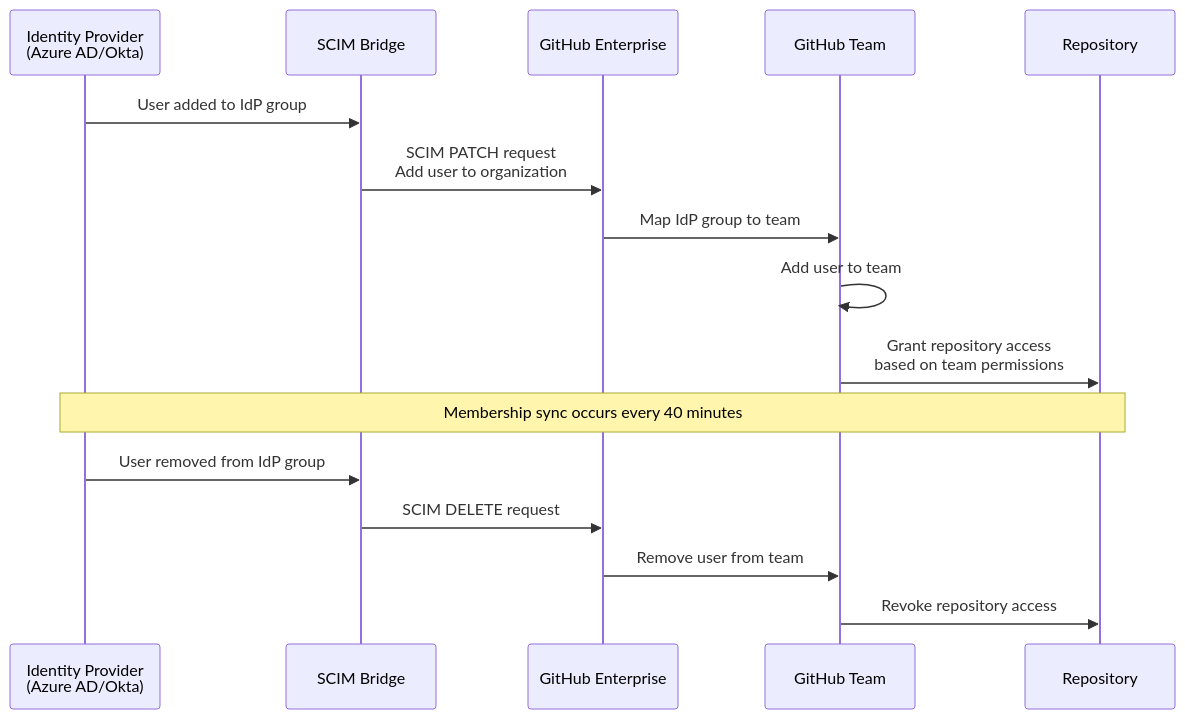
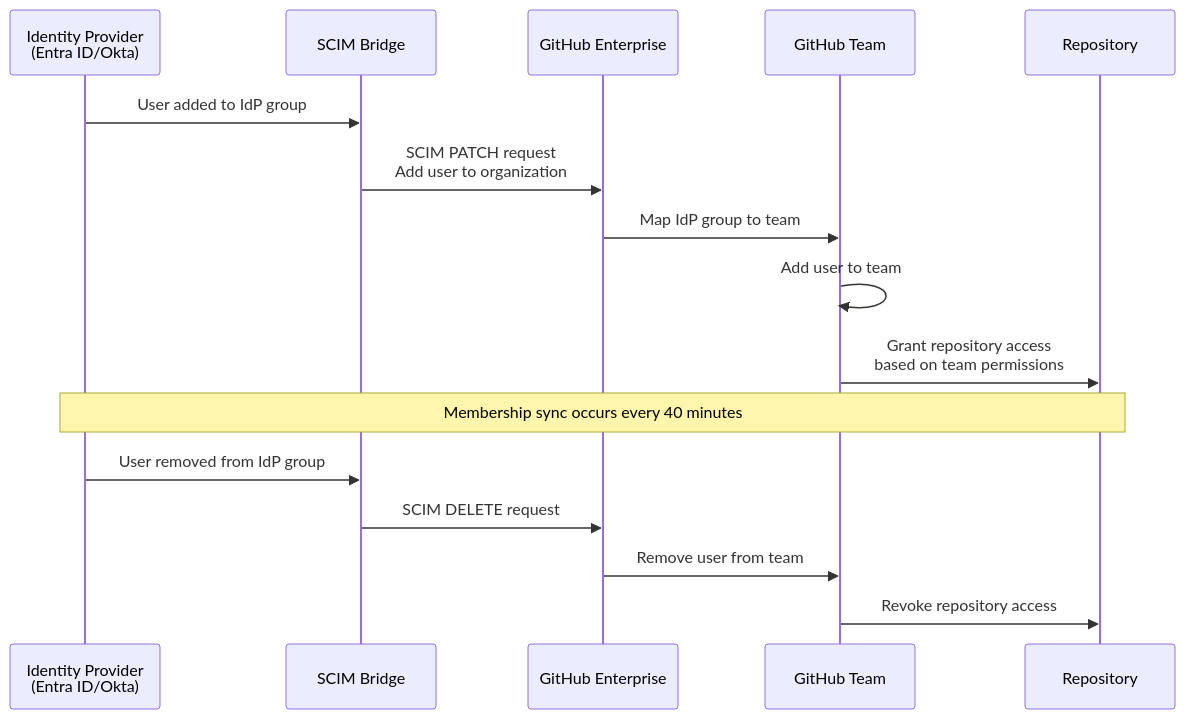
Before and after one commit to Tdblackston0/gh-abcs-admin: the third of 7 diagrams in docs/05-teams-permissions.md, drawn with Mermaid. The commit also changed 16 other files, not shown here.

````diff
--- a/docs/05-teams-permissions.md
+++ b/docs/05-teams-permissions.md
@@ -195,21 +195,21 @@
 ```mermaid
 sequenceDiagram
-    participant IdP as Identity Provider<br/>(Azure AD/Okta)
+    participant IdP as Identity Provider<br/>(Entra ID/Okta)
     participant SCIM as SCIM Bridge
     participant GH as GitHub Enterprise
     participant Team as GitHub Team
     participant Repo as Repository
     
     IdP->>SCIM: User added to IdP group
     SCIM->>GH: SCIM PATCH request<br/>Add user to organization
     GH->>Team: Map IdP group to team
     Team->>Team: Add user to team
     Team->>Repo: Grant repository access<br/>based on team permissions
     
     Note over IdP,Repo: Membership sync occurs every 40 minutes
     
     IdP->>SCIM: User removed from IdP group
     SCIM->>GH: SCIM DELETE request
     GH->>Team: Remove user from team
     Team->>Repo: Revoke repository access
 ```
````
